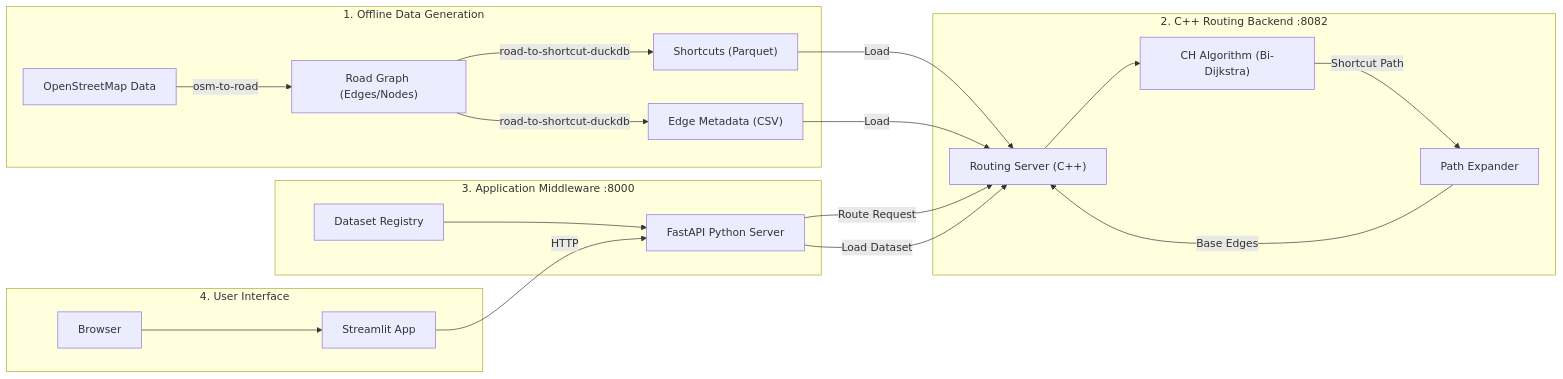
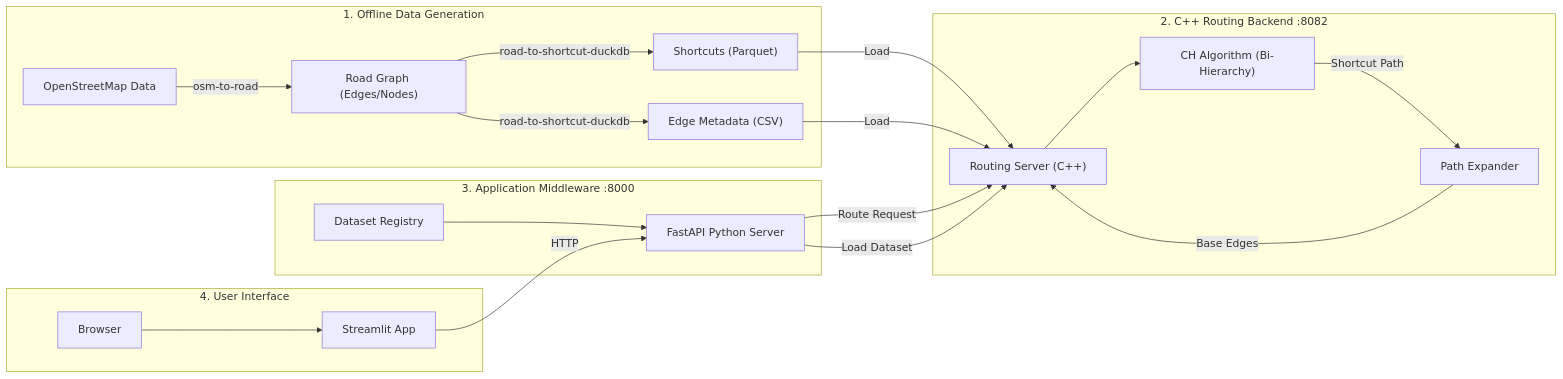
One commit to Khoshkhah/h3-routing-platform changed the diagram in docs/architecture_overview.md. Above: the diagram before and after it, drawn with Mermaid. The commit also changed other lines of this file and 2 other files, not shown here.

Commit message:
docs: refine algorithm terminology to Bidirectional Hierarchy Algorithm

````diff
--- a/docs/architecture_overview.md
+++ b/docs/architecture_overview.md
@@ -11,38 +11,38 @@
 ```mermaid
 graph LR
     subgraph "1. Offline Data Generation"
         OSM[OpenStreetMap Data] -->|osm-to-road| Graph["Road Graph (Edges/Nodes)"]
         Graph -->|road-to-shortcut-duckdb| Shortcuts["Shortcuts (Parquet)"]
         Graph -->|road-to-shortcut-duckdb| Meta["Edge Metadata (CSV)"]
     end
 
     subgraph "2. C++ Routing Backend :8082"
         ServerCPP["Routing Server (C++)"]
-        Algorithm["CH Algorithm (Bi-Dijkstra)"]
+        Algorithm["CH Algorithm (Bi-Hierarchy)"]
         Expander[Path Expander]
         
         Shortcuts -->|Load| ServerCPP
         Meta -->|Load| ServerCPP
         
         ServerCPP --> Algorithm
         Algorithm -->|Shortcut Path| Expander
         Expander -->|Base Edges| ServerCPP
     end
 
     subgraph "3. Application Middleware :8000"
         API[FastAPI Python Server]
         Registry[Dataset Registry]
         
         API -->|Route Request| ServerCPP
         API -->|Load Dataset| ServerCPP
         Registry --> API
     end
 
     subgraph "4. User Interface"
         Streamlit[Streamlit App]
         User[Browser]
         
         User --> Streamlit
         Streamlit -->|HTTP| API
     end
 ```
````
